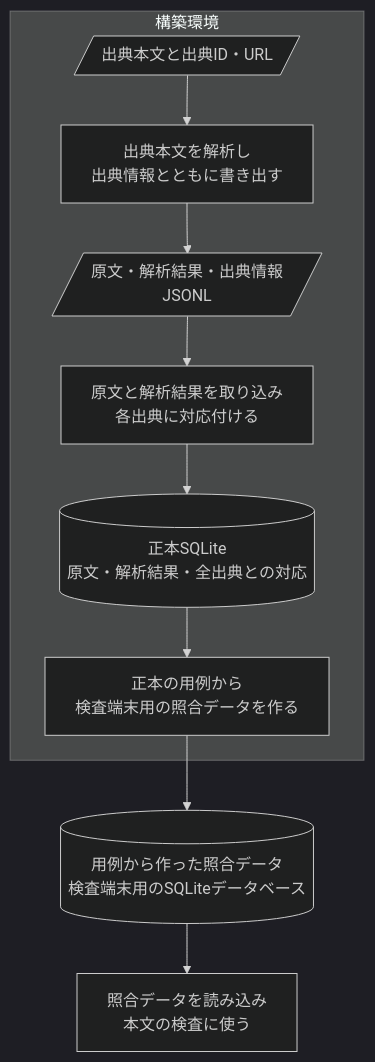
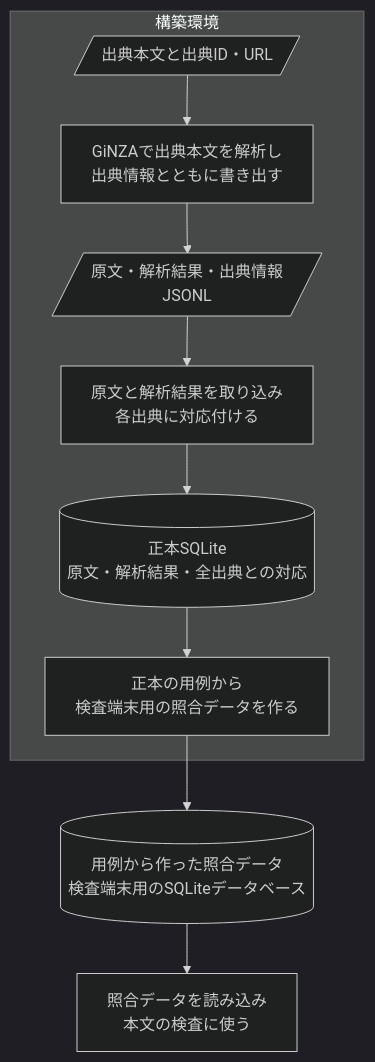
Before and after one commit to karin0624/use-native-japanese: the second of 2 diagrams in docs/design/architecture.md, drawn with Mermaid (dark theme). The commit also changed other lines of this file and 1 other file, not shown here.

Commit message:
必要な情報を保持する記述規則に改め図へ技術名と役割を明記する

````diff
--- a/docs/design/architecture.md
+++ b/docs/design/architecture.md
@@ -41,17 +41,17 @@
 ```mermaid
 ---
 config:
     flowchart:
         wrappingWidth: 320
 ---
 flowchart TB
     subgraph build["構築環境"]
-        source[/出典本文と出典ID・URL/] --> extract["出典本文を解析し<br/>出典情報とともに書き出す"]
+        source[/出典本文と出典ID・URL/] --> extract["GiNZAで出典本文を解析し<br/>出典情報とともに書き出す"]
         extract --> records[/原文・解析結果・出典情報<br/>JSONL/]
         records --> import["原文と解析結果を取り込み<br/>各出典に対応付ける"]
         import --> master[("正本SQLite<br/>原文・解析結果・全出典との対応")]
         master --> prepare["正本の用例から<br/>検査端末用の照合データを作る"]
     end
     prepare --> reference[("用例から作った照合データ<br/>検査端末用のSQLiteデータベース")]
     reference --> runtime["照合データを読み込み<br/>本文の検査に使う"]
 ```
````
